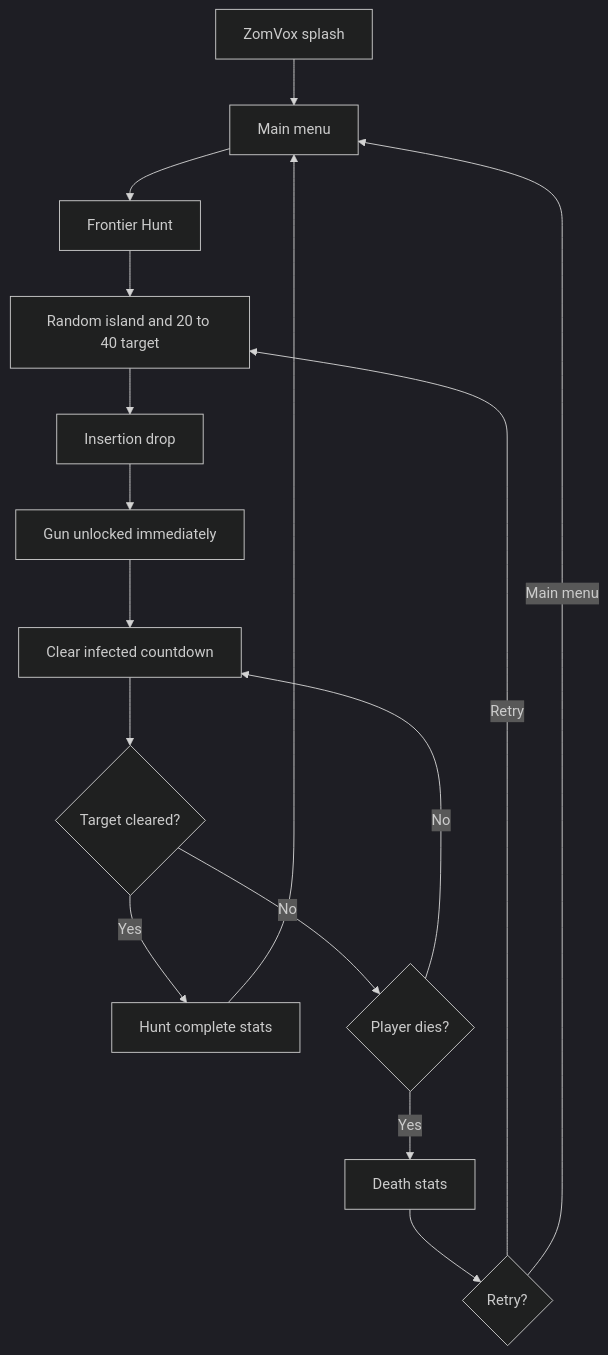
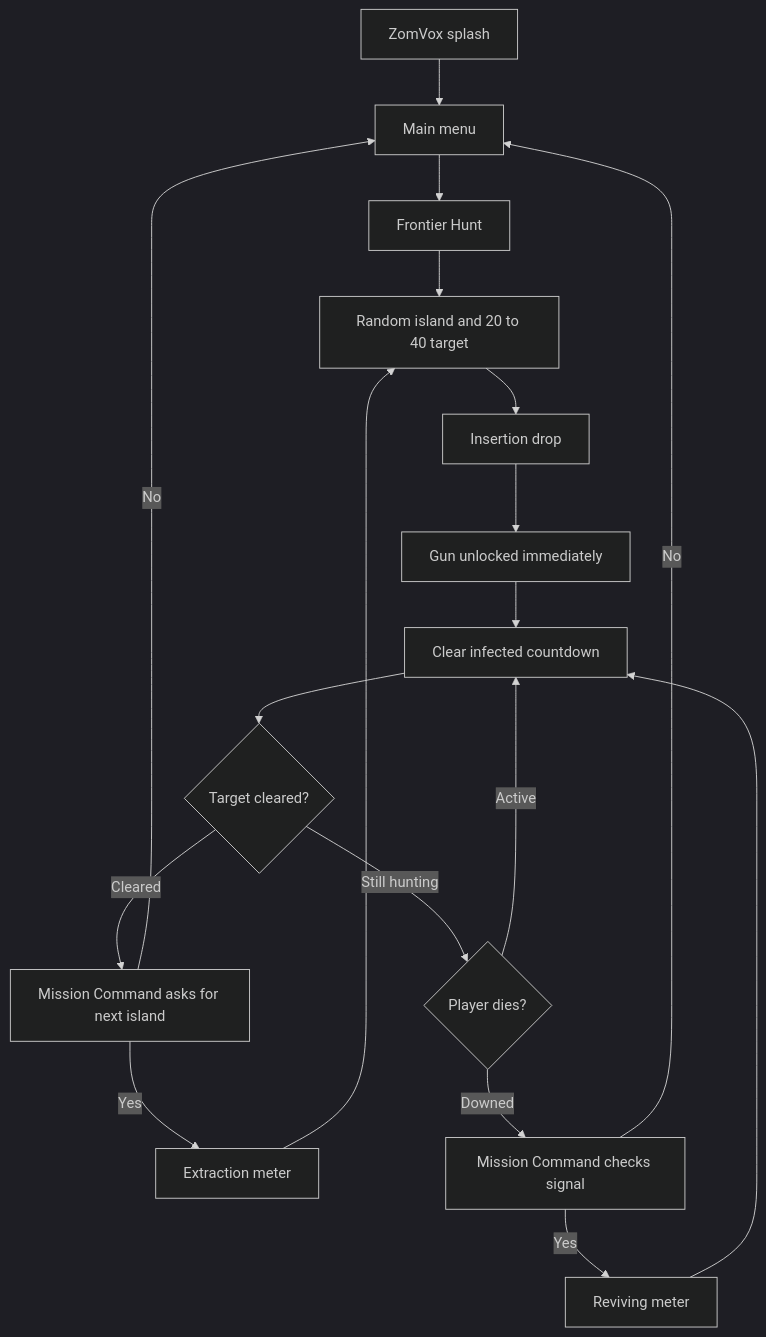
Before and after one commit to jayjonesvip/zomvox: the diagram in README.md, drawn with Mermaid (dark theme). The commit also changed other lines of this file and 5 other files, not shown here.

Commit message:
Polish mission command UI language

````diff
--- a/README.md
+++ b/README.md
@@ -58,18 +58,20 @@
 ```mermaid
 flowchart TD
     A[ZomVox splash] --> B[Main menu]
     B --> C[Frontier Hunt]
     C --> D[Random island and 20 to 40 target]
     D --> E[Insertion drop]
     E --> F[Gun unlocked immediately]
     F --> G[Clear infected countdown]
     G --> H{Target cleared?}
-    H -->|Yes| I[Hunt complete stats]
-    I --> B
-    H -->|No| J{Player dies?}
-    J -->|No| G
-    J -->|Yes| K[Death stats]
-    K --> L{Retry?}
-    L -->|Retry| D
-    L -->|Main menu| B
+    H -->|Cleared| I[Mission Command asks for next island]
+    I -->|Yes| M[Extraction meter]
+    M --> D
+    I -->|No| B
+    H -->|Still hunting| J{Player dies?}
+    J -->|Active| G
+    J -->|Downed| K[Mission Command checks signal]
+    K -->|Yes| L[Reviving meter]
+    L --> G
+    K -->|No| B
 ```
````
